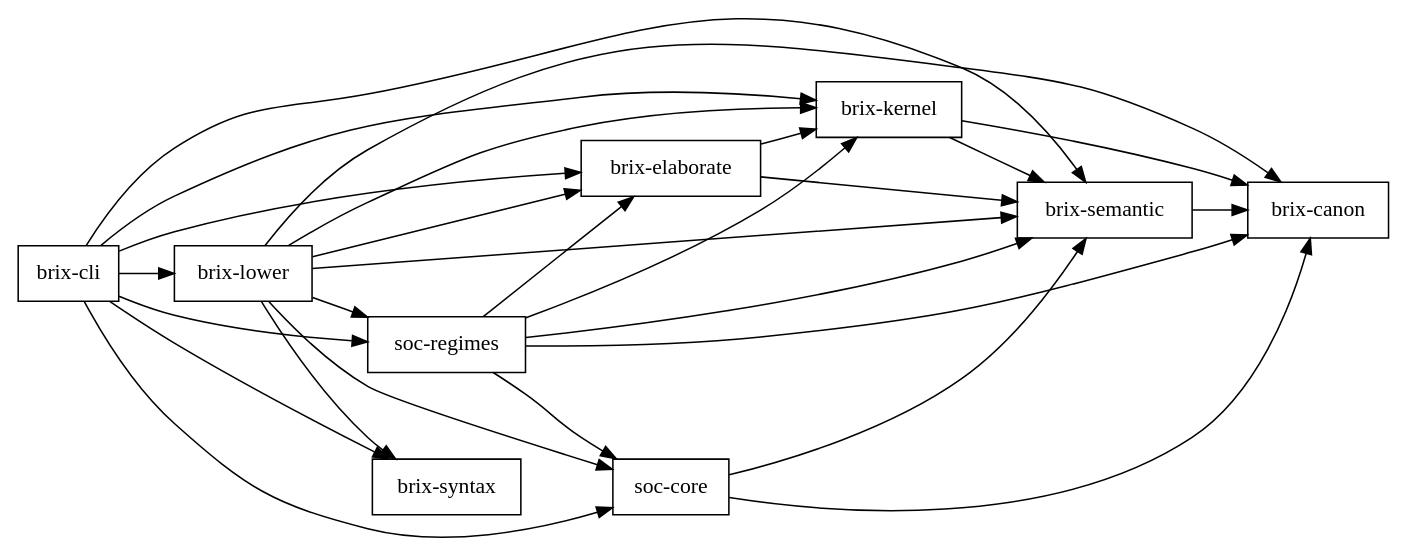
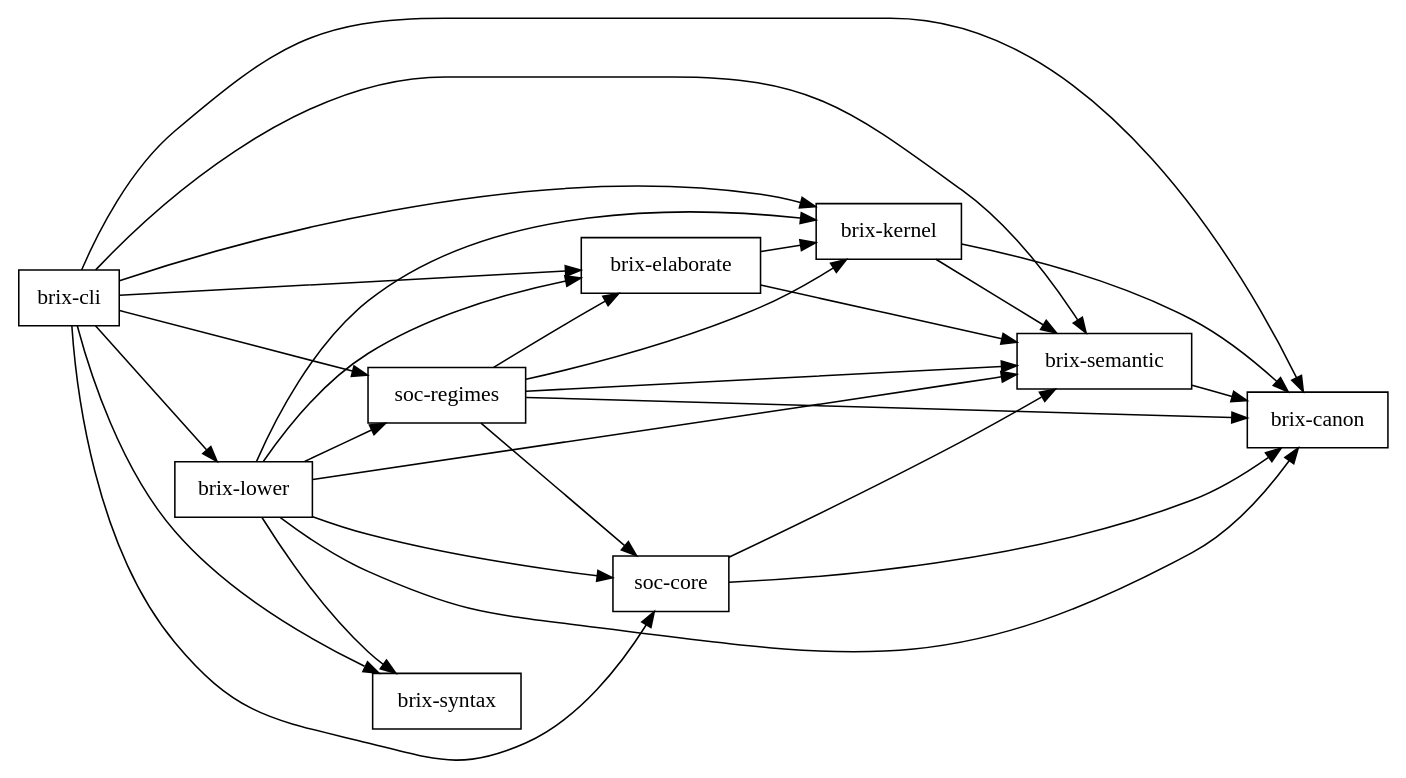
One commit to tbreijm/brixms changed the diagram in docs/audit/issue-63/workspace-dependencies.dot. Above: the diagram before and after it, drawn with Graphviz. The commit also changed 55 other files, not shown here.

```diff
--- a/docs/audit/issue-63/workspace-dependencies.dot
+++ b/docs/audit/issue-63/workspace-dependencies.dot
@@ -1,39 +1,40 @@
 digraph brixms_workspace {
   rankdir=LR;
   node [shape=box];
   "brix-canon";
   "brix-cli";
   "brix-elaborate";
   "brix-kernel";
   "brix-lower";
   "brix-semantic";
   "brix-syntax";
   "soc-core";
   "soc-regimes";
+  "brix-cli" -> "brix-canon";
   "brix-cli" -> "brix-elaborate";
   "brix-cli" -> "brix-kernel";
   "brix-cli" -> "brix-lower";
   "brix-cli" -> "brix-semantic";
   "brix-cli" -> "brix-syntax";
   "brix-cli" -> "soc-core";
   "brix-cli" -> "soc-regimes";
   "brix-elaborate" -> "brix-kernel";
   "brix-elaborate" -> "brix-semantic";
   "brix-kernel" -> "brix-canon";
   "brix-kernel" -> "brix-semantic";
   "brix-lower" -> "brix-canon";
   "brix-lower" -> "brix-elaborate";
   "brix-lower" -> "brix-kernel";
   "brix-lower" -> "brix-semantic";
   "brix-lower" -> "brix-syntax";
   "brix-lower" -> "soc-core";
   "brix-lower" -> "soc-regimes";
   "brix-semantic" -> "brix-canon";
   "soc-core" -> "brix-canon";
   "soc-core" -> "brix-semantic";
   "soc-regimes" -> "brix-canon";
   "soc-regimes" -> "brix-elaborate";
   "soc-regimes" -> "brix-kernel";
   "soc-regimes" -> "brix-semantic";
   "soc-regimes" -> "soc-core";
 }
```
